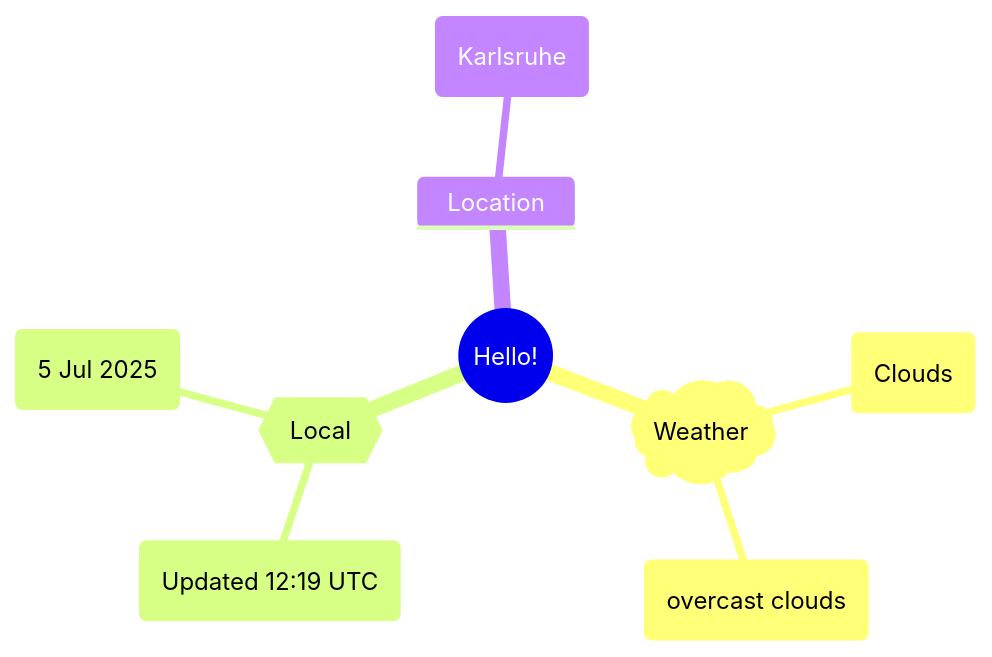
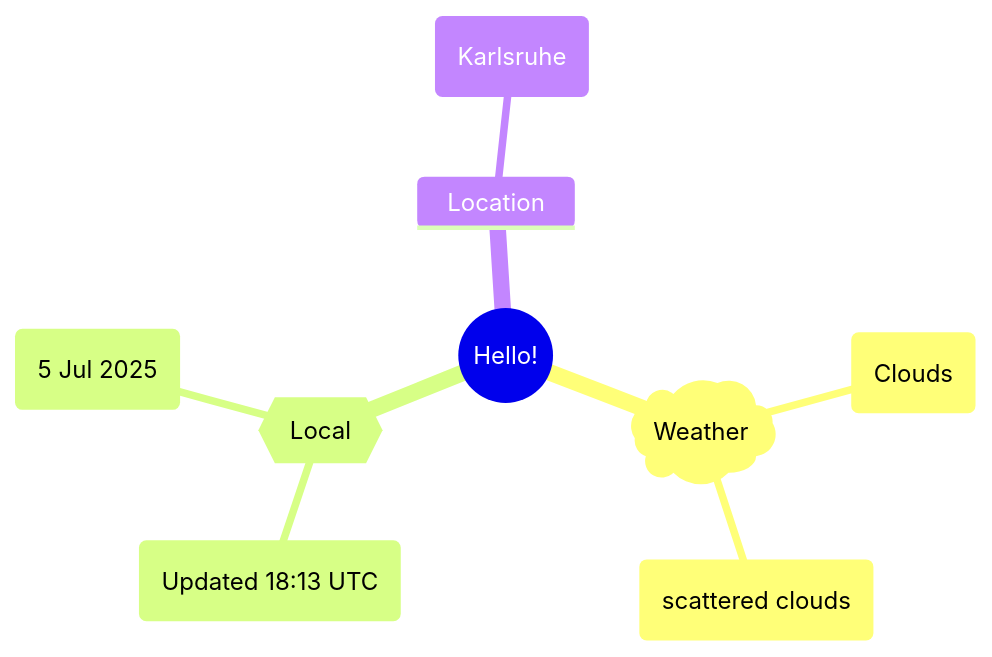
The first of 2 diagrams in README.md (Xosrov/Xosrov), drawn with Mermaid before and after one commit.

Commit message:
[bot] updated images

````diff
--- a/README.md
+++ b/README.md
@@ -3,12 +3,12 @@
 ```mermaid
 mindmap
   root((Hello!))
     )Weather(
         (Clouds)
-        (overcast clouds)
+        (scattered clouds)
     {{Local}}
-        (Updated 12:19 UTC)
+        (Updated 18:13 UTC)
         (5 Jul 2025)
     Location
         (Karlsruhe)
 ```
````
